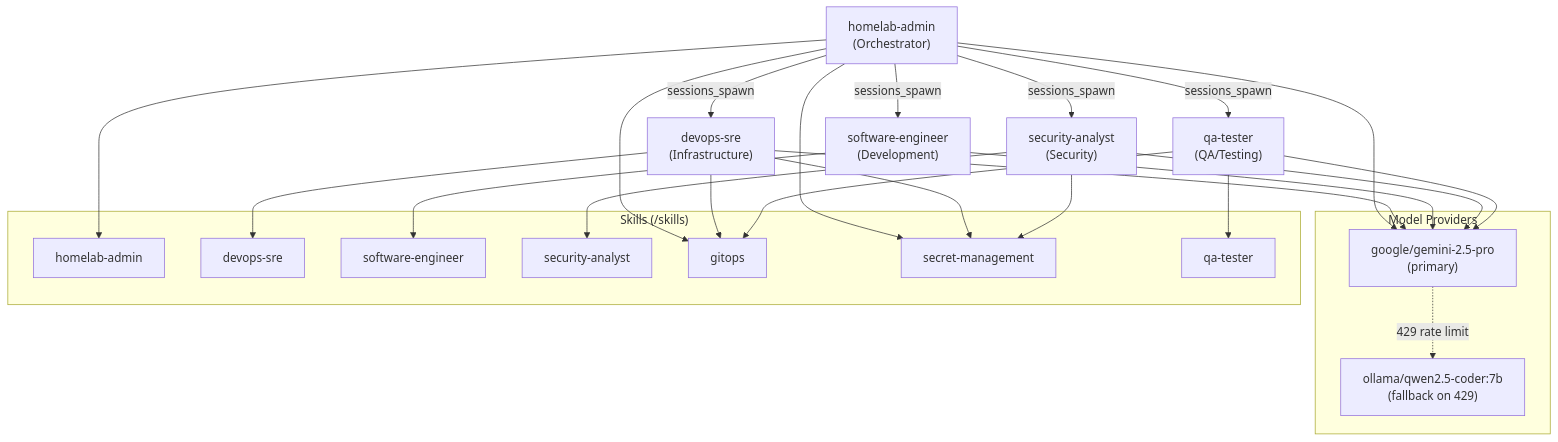
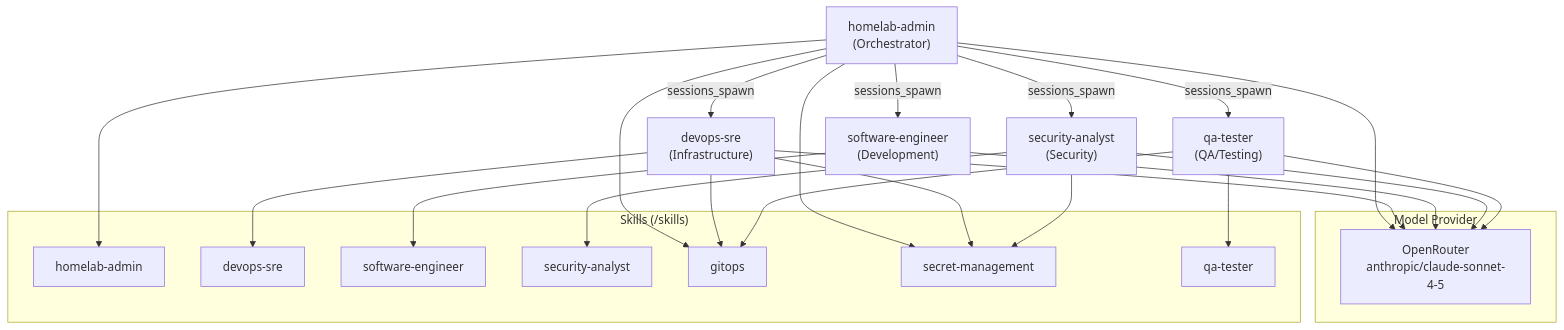
One commit to haingth77/homelab changed the fifth of 5 diagrams in k8s/apps/openclaw/README.md. Above: the diagram before and after it, drawn with Mermaid. The commit also changed other lines of this file and 11 other files, not shown here.

First line of the commit message:
feat: replace Gemini + Ollama with OpenRouter as primary model provider

````diff
--- a/k8s/apps/openclaw/README.md
+++ b/k8s/apps/openclaw/README.md
@@ -472,37 +434,35 @@
 ```mermaid
 flowchart TD
-    subgraph models["Model Providers"]
-        Gemini["google/gemini-2.5-pro\n(primary)"]
-        OllamaM["ollama/qwen2.5-coder:7b\n(fallback on 429)"]
+    subgraph models["Model Provider"]
+        OpenRouterM["OpenRouter\nanthropic/claude-sonnet-4-5"]
     end
 
     HA["homelab-admin\n(Orchestrator)"]
     DS["devops-sre\n(Infrastructure)"]
     SE["software-engineer\n(Development)"]
     SA["security-analyst\n(Security)"]
     QA["qa-tester\n(QA/Testing)"]
 
     HA -- "sessions_spawn" --> DS
     HA -- "sessions_spawn" --> SE
     HA -- "sessions_spawn" --> SA
     HA -- "sessions_spawn" --> QA
 
-    HA & DS & SE & SA & QA --> Gemini
-    Gemini -. "429 rate limit" .-> OllamaM
+    HA & DS & SE & SA & QA --> OpenRouterM
 
     subgraph skills["Skills (/skills)"]
         S1["homelab-admin"]
         S2["devops-sre"]
         S3["software-engineer"]
         S4["security-analyst"]
         S5["gitops"]
         S6["secret-management"]
         S7["qa-tester"]
     end
 
     HA --> S1 & S5 & S6
     DS --> S2 & S5 & S6
     SE --> S3
     SA --> S4 & S6
     QA --> S7 & S5
 ```
````
